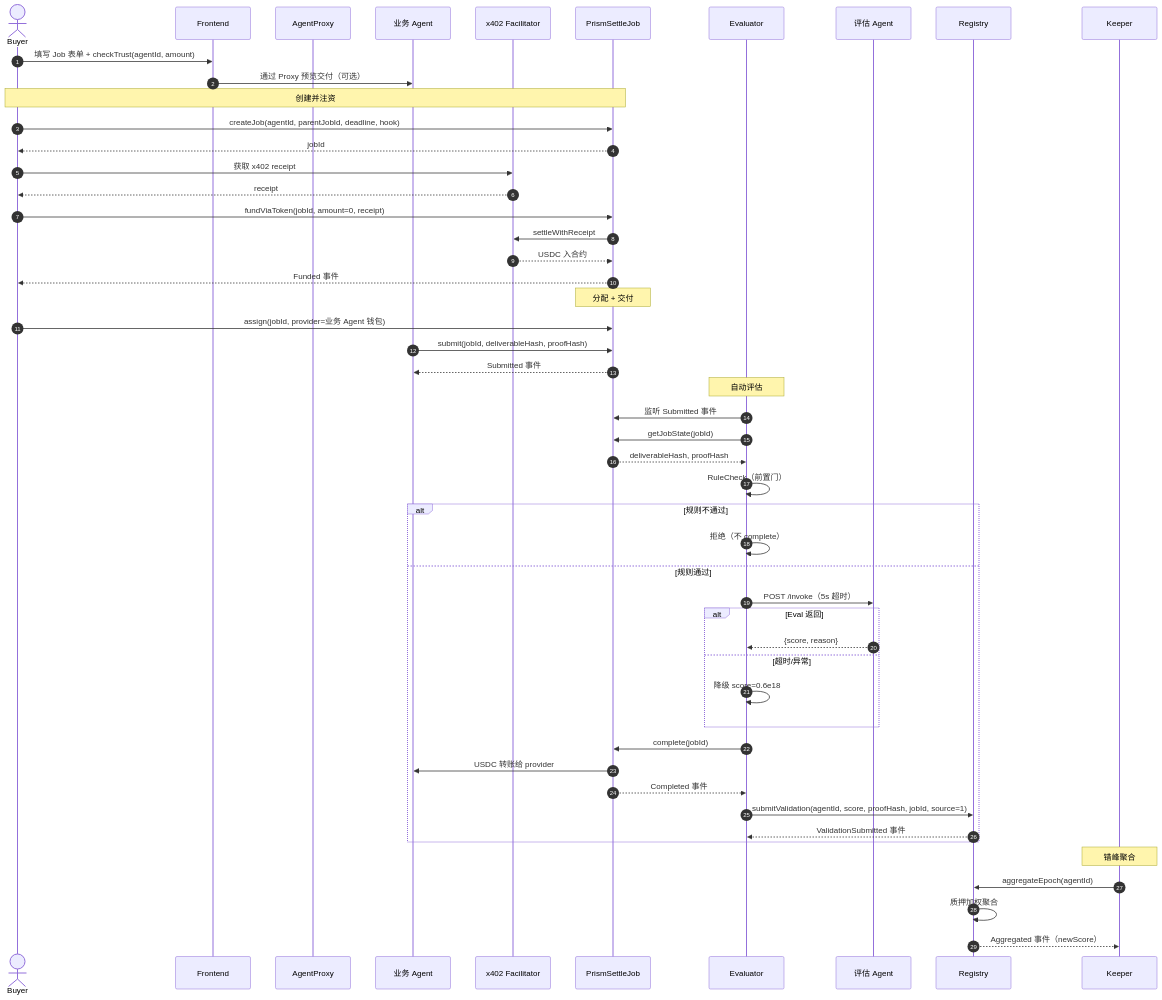
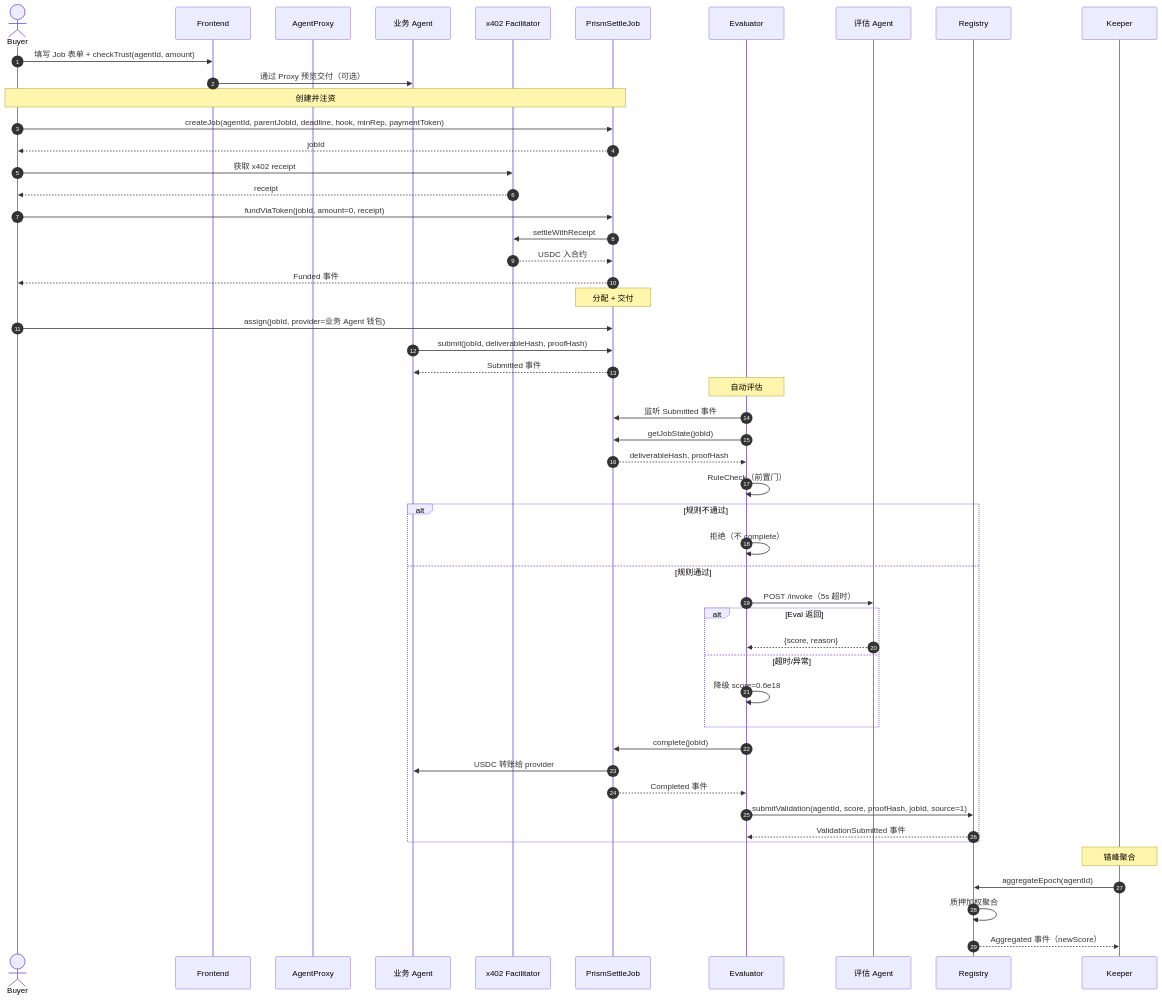
Diagram 13 of 14 in docs/SD.zh-CN.v1.0.md (zane199109/prismsettle), drawn with Mermaid before and after one commit. The commit also changed other lines of this file and 8 other files, not shown here.

````diff
--- a/docs/SD.zh-CN.v1.0.md
+++ b/docs/SD.zh-CN.v1.0.md
@@ -2503,58 +2503,58 @@
 ```mermaid
 sequenceDiagram
     autonumber
     actor Buyer
     participant FE as Frontend
     participant Proxy as AgentProxy
     participant Biz as 业务 Agent
     participant Fac as x402 Facilitator
     participant Job as PrismSettleJob
     participant Evaluator
     participant Eval as 评估 Agent
     participant Reg as Registry
     participant Keeper
 
     Buyer->>FE: 填写 Job 表单 + checkTrust(agentId, amount)
     FE->>Biz: 通过 Proxy 预览交付（可选）
 
     Note over Buyer,Job: 创建并注资
-    Buyer->>Job: createJob(agentId, parentJobId, deadline, hook)
+    Buyer->>Job: createJob(agentId, parentJobId, deadline, hook, minRep, paymentToken)
     Job-->>Buyer: jobId
     Buyer->>Fac: 获取 x402 receipt
     Fac-->>Buyer: receipt
     Buyer->>Job: fundViaToken(jobId, amount=0, receipt)
     Job->>Fac: settleWithReceipt
     Fac-->>Job: USDC 入合约
     Job-->>Buyer: Funded 事件
 
     Note over Job: 分配 + 交付
     Buyer->>Job: assign(jobId, provider=业务 Agent 钱包)
     Biz->>Job: submit(jobId, deliverableHash, proofHash)
     Job-->>Biz: Submitted 事件
 
     Note over Evaluator: 自动评估
     Evaluator->>Job: 监听 Submitted 事件
     Evaluator->>Job: getJobState(jobId)
     Job-->>Evaluator: deliverableHash, proofHash
     Evaluator->>Evaluator: RuleCheck（前置门）
     alt 规则不通过
         Evaluator->>Evaluator: 拒绝（不 complete）
     else 规则通过
         Evaluator->>Eval: POST /invoke（5s 超时）
         alt Eval 返回
             Eval-->>Evaluator: {score, reason}
         else 超时/异常
             Evaluator->>Evaluator: 降级 score=0.6e18
         end
         Evaluator->>Job: complete(jobId)
         Job->>Biz: USDC 转账给 provider
         Job-->>Evaluator: Completed 事件
         Evaluator->>Reg: submitValidation(agentId, score, proofHash, jobId, source=1)
         Reg-->>Evaluator: ValidationSubmitted 事件
     end
 
     Note over Keeper: 错峰聚合
     Keeper->>Reg: aggregateEpoch(agentId)
     Reg->>Reg: 质押加权聚合
     Reg-->>Keeper: Aggregated 事件（newScore）
 ```
````
